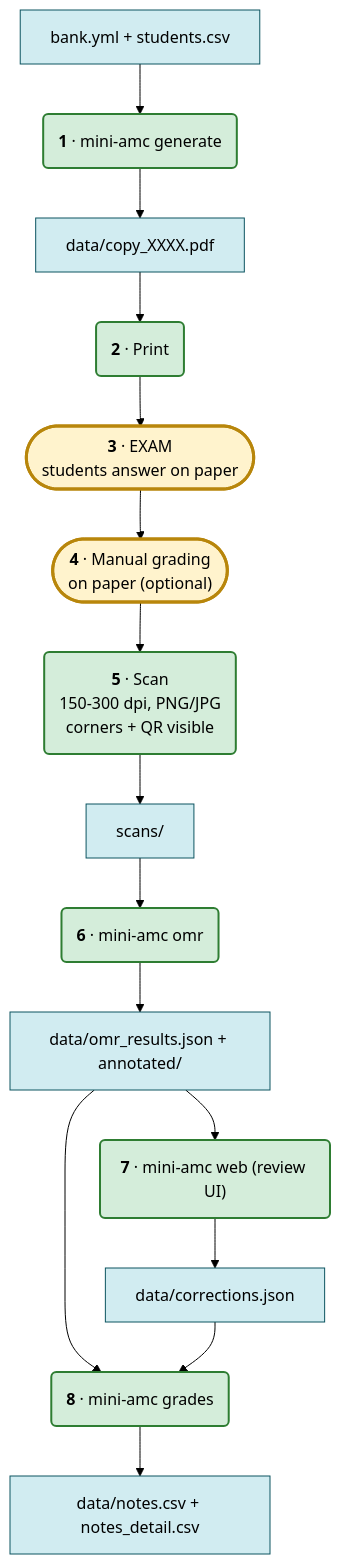
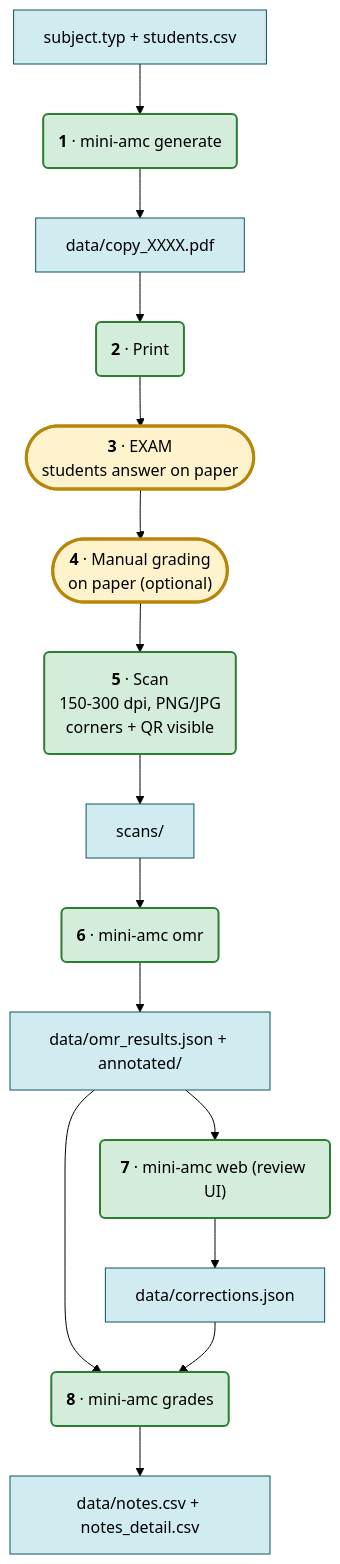
Before and after one commit to boileaum/mini-amc: the diagram in README.md, drawn with Mermaid (forest theme). The commit also changed other lines of this file and 27 other files, not shown here.

````diff
--- a/README.md
+++ b/README.md
@@ -32,22 +32,22 @@
 ```mermaid
 flowchart TD
   classDef exam fill:#fff3cd,stroke:#b8860b,stroke-width:3px
   classDef tool fill:#d4edda,stroke:#2e7d32,stroke-width:2px
   classDef data fill:#d1ecf1,stroke:#0c5460
 
-  bank["bank.yml + students.csv"]:::data
+  bank["subject.typ + students.csv"]:::data
   bank --> gen("<b>1</b> · mini-amc generate"):::tool
   gen --> pdf["data/copy_XXXX.pdf"]:::data
   pdf --> print("<b>2</b> · Print"):::tool
   print --> exam(["<b>3</b> · EXAM<br/>students answer on paper"]):::exam
   exam --> manual(["<b>4</b> · Manual grading<br/>on paper (optional)"]):::exam
   manual --> scan("<b>5</b> · Scan<br/>150-300 dpi, PNG/JPG<br/>corners + QR visible"):::tool
   scan --> scans["scans/"]:::data
   scans --> omr("<b>6</b> · mini-amc omr"):::tool
   omr --> res["data/omr_results.json + annotated/"]:::data
   res --> web("<b>7</b> · mini-amc web (review UI)"):::tool
   res --> grades("<b>8</b> · mini-amc grades"):::tool
   web --> corr["data/corrections.json"]:::data
   corr --> grades
   grades --> notes["data/notes.csv + notes_detail.csv"]:::data
 ```
````
